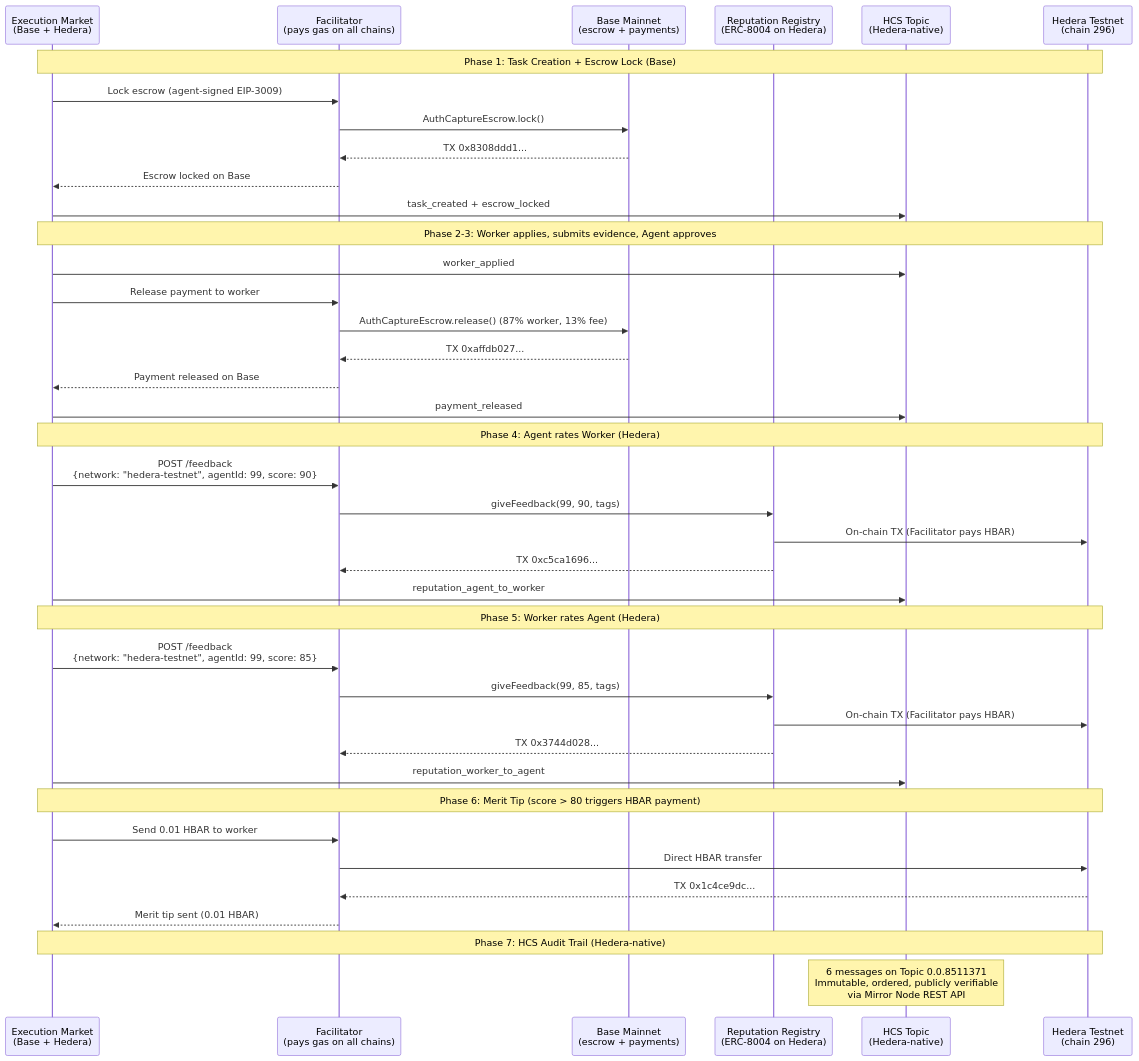
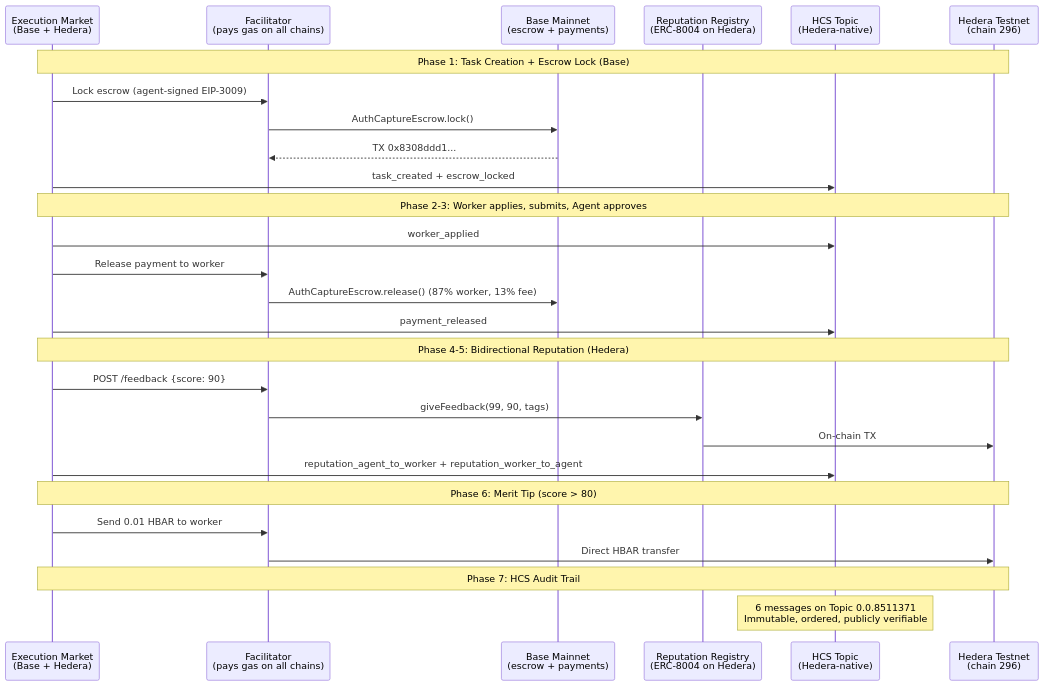
Before and after one commit to yesig3/em-cannes-hackathon: the diagram in hedera/PROOF_OF_INTEGRATION.md, drawn with Mermaid. The commit also changed other lines of this file and 10 other files, not shown here.

````diff
--- a/hedera/PROOF_OF_INTEGRATION.md
+++ b/hedera/PROOF_OF_INTEGRATION.md
@@ -215,47 +125,34 @@
 ```mermaid
 sequenceDiagram
     participant EM as Execution Market<br/>(Base + Hedera)
     participant F as Facilitator<br/>(pays gas on all chains)
     participant B as Base Mainnet<br/>(escrow + payments)
     participant RR as Reputation Registry<br/>(ERC-8004 on Hedera)
     participant HCS as HCS Topic<br/>(Hedera-native)
     participant H as Hedera Testnet<br/>(chain 296)
 
     Note over EM,H: Phase 1: Task Creation + Escrow Lock (Base)
     EM->>F: Lock escrow (agent-signed EIP-3009)
     F->>B: AuthCaptureEscrow.lock()
     B-->>F: TX 0x8308ddd1...
-    F-->>EM: Escrow locked on Base
     EM->>HCS: task_created + escrow_locked
 
-    Note over EM,H: Phase 2-3: Worker applies, submits evidence, Agent approves
+    Note over EM,H: Phase 2-3: Worker applies, submits, Agent approves
     EM->>HCS: worker_applied
     EM->>F: Release payment to worker
     F->>B: AuthCaptureEscrow.release() (87% worker, 13% fee)
-    B-->>F: TX 0xaffdb027...
-    F-->>EM: Payment released on Base
     EM->>HCS: payment_released
 
-    Note over EM,H: Phase 4: Agent rates Worker (Hedera)
-    EM->>F: POST /feedback<br/>{network: "hedera-testnet", agentId: 99, score: 90}
+    Note over EM,H: Phase 4-5: Bidirectional Reputation (Hedera)
+    EM->>F: POST /feedback {score: 90}
     F->>RR: giveFeedback(99, 90, tags)
-    RR->>H: On-chain TX (Facilitator pays HBAR)
-    RR-->>F: TX 0xc5ca1696...
-    EM->>HCS: reputation_agent_to_worker
+    RR->>H: On-chain TX
+    EM->>HCS: reputation_agent_to_worker + reputation_worker_to_agent
 
-    Note over EM,H: Phase 5: Worker rates Agent (Hedera)
-    EM->>F: POST /feedback<br/>{network: "hedera-testnet", agentId: 99, score: 85}
-    F->>RR: giveFeedback(99, 85, tags)
-    RR->>H: On-chain TX (Facilitator pays HBAR)
-    RR-->>F: TX 0x3744d028...
-    EM->>HCS: reputation_worker_to_agent
-
-    Note over EM,H: Phase 6: Merit Tip (score > 80 triggers HBAR payment)
+    Note over EM,H: Phase 6: Merit Tip (score > 80)
     EM->>F: Send 0.01 HBAR to worker
     F->>H: Direct HBAR transfer
-    H-->>F: TX 0x1c4ce9dc...
-    F-->>EM: Merit tip sent (0.01 HBAR)
 
-    Note over EM,H: Phase 7: HCS Audit Trail (Hedera-native)
-    Note over HCS: 6 messages on Topic 0.0.8511371<br/>Immutable, ordered, publicly verifiable<br/>via Mirror Node REST API
+    Note over EM,H: Phase 7: HCS Audit Trail
+    Note over HCS: 6 messages on Topic 0.0.8511371<br/>Immutable, ordered, publicly verifiable
 ```
````
